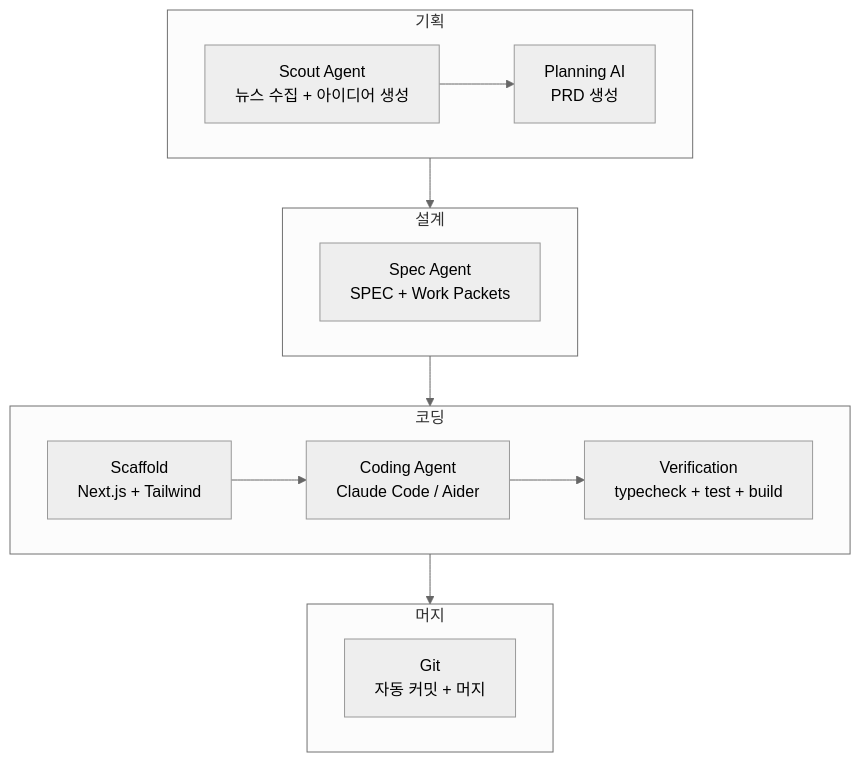
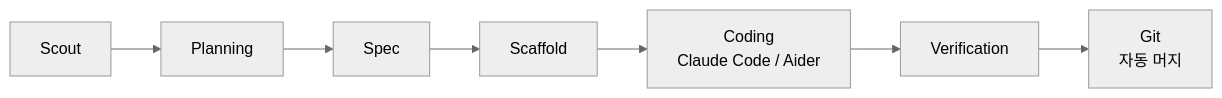
The diagram in _posts/project/ai-factory/2026-03-11-ai-factory-2.md (alswp006/alswp006.github.io), drawn with Mermaid (neutral theme) before and after one commit. The commit also changed 3 other files, not shown here.

Commit message:
style: mermaid TD→LR 전환 + 노드 간결화로 세로 길이 대폭 축소

````diff
--- a/_posts/project/ai-factory/2026-03-11-ai-factory-2.md
+++ b/_posts/project/ai-factory/2026-03-11-ai-factory-2.md
@@ -250,17 +250,7 @@
 ```mermaid
-flowchart TD
-    subgraph 기획
-        Scout["Scout Agent\n뉴스 수집 + 아이디어 생성"] --> Planning["Planning AI\nPRD 생성"]
-    end
-    subgraph 설계
-        Spec["Spec Agent\nSPEC + Work Packets"]
-    end
-    subgraph 코딩
-        Scaffold["Scaffold\nNext.js + Tailwind"] --> Coding["Coding Agent\nClaude Code / Aider"]
-        Coding --> Verify["Verification\ntypecheck + test + build"]
-    end
-    subgraph 머지
-        Git["Git\n자동 커밋 + 머지"]
-    end
-    기획 --> 설계 --> 코딩 --> 머지
+flowchart LR
+    Scout["Scout"] --> Planning["Planning"] --> Spec["Spec"]
+    Spec --> Scaffold["Scaffold"]
+    Scaffold --> Coding["Coding\nClaude Code / Aider"]
+    Coding --> Verify["Verification"] --> Git["Git\n자동 머지"]
 ```
````
